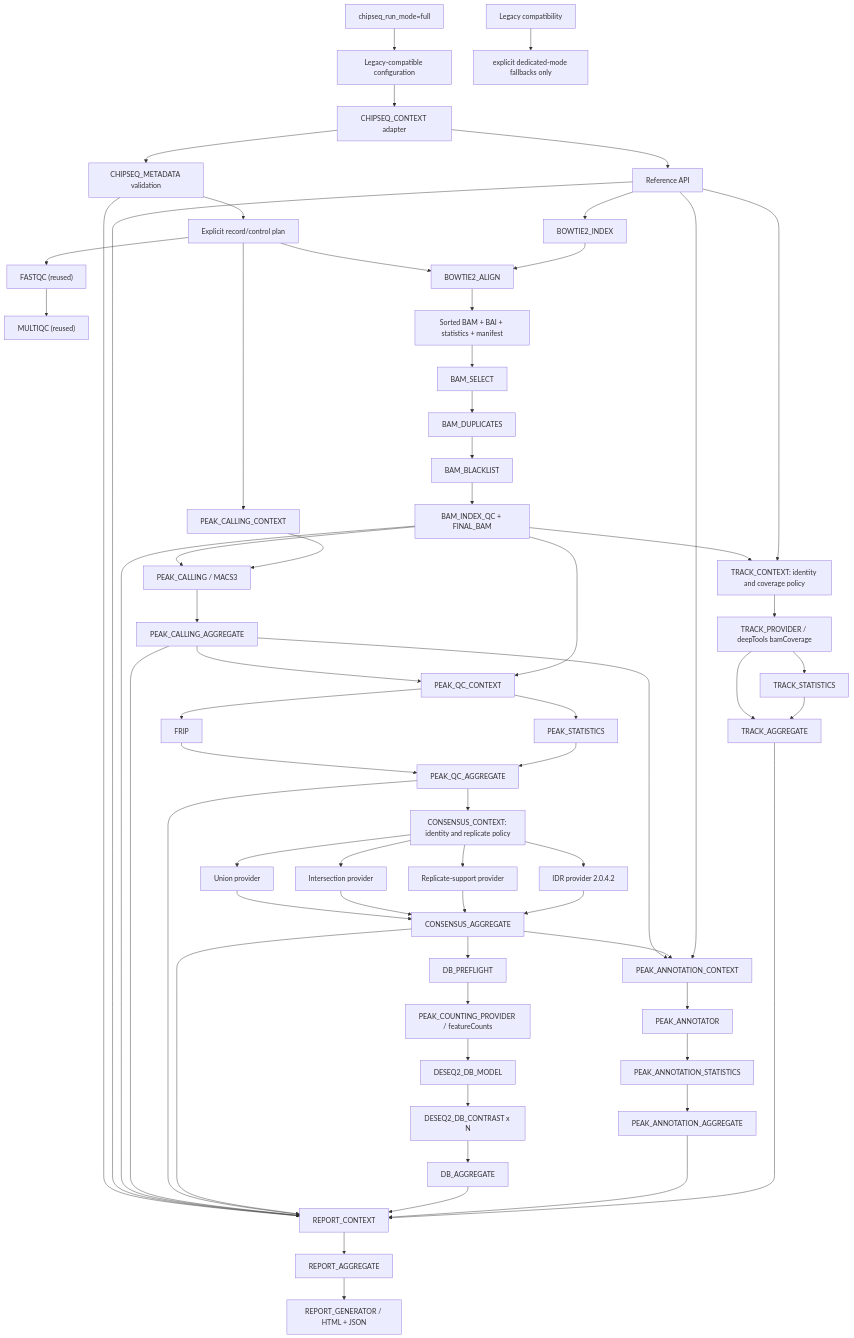
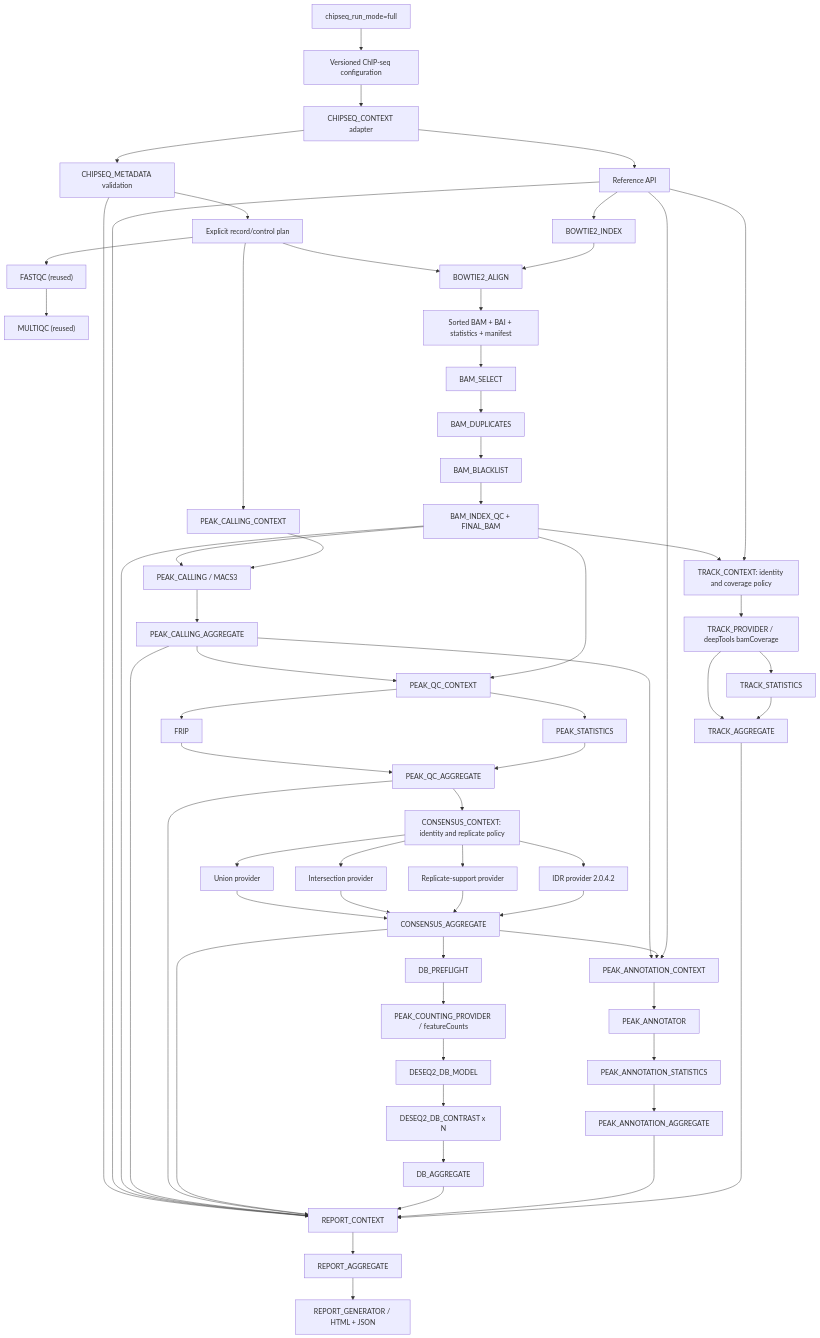
The diagram in docs/chipseq-architecture.md (GMiguelAlves/HelixForge), drawn with Mermaid before and after one commit. The commit also changed other lines of this file and 25 other files, not shown here.

````diff
--- a/docs/chipseq-architecture.md
+++ b/docs/chipseq-architecture.md
@@ -7,71 +7,70 @@
 ```mermaid
 flowchart TD
-    CFG["Legacy-compatible configuration"] --> CTX["CHIPSEQ_CONTEXT adapter"]
+    CFG["Versioned ChIP-seq configuration"] --> CTX["CHIPSEQ_CONTEXT adapter"]
     CTX --> META["CHIPSEQ_METADATA validation"]
     META --> PLAN["Explicit record/control plan"]
     PLAN --> FQ["FASTQC (reused)"]
     FQ --> MQ["MULTIQC (reused)"]
     CTX --> REF["Reference API"]
     REF --> BI["BOWTIE2_INDEX"]
     PLAN --> BA["BOWTIE2_ALIGN"]
     BI --> BA
     BA --> BAM["Sorted BAM + BAI + statistics + manifest"]
 
     BAM --> SEL["BAM_SELECT"]
     SEL --> DUP["BAM_DUPLICATES"]
     DUP --> BL["BAM_BLACKLIST"]
     BL --> FINAL["BAM_INDEX_QC + FINAL_BAM"]
     PLAN --> PCTX["PEAK_CALLING_CONTEXT"]
     FINAL --> PC["PEAK_CALLING / MACS3"]
     PCTX --> PC
     PC --> PAGG["PEAK_CALLING_AGGREGATE"]
     PAGG --> PQC["PEAK_QC_CONTEXT"]
     FINAL --> PQC
     PQC --> FRIP["FRIP"]
     PQC --> PSTAT["PEAK_STATISTICS"]
     FRIP --> QAGG["PEAK_QC_AGGREGATE"]
     PSTAT --> QAGG
     QAGG --> CCTX["CONSENSUS_CONTEXT: identity and replicate policy"]
     CCTX --> UNION["Union provider"]
     CCTX --> INTER["Intersection provider"]
     CCTX --> SUPPORT["Replicate-support provider"]
     CCTX --> IDR["IDR provider 2.0.4.2"]
     UNION --> CAGG["CONSENSUS_AGGREGATE"]
     INTER --> CAGG
     SUPPORT --> CAGG
     IDR --> CAGG
     CAGG --> DBP["DB_PREFLIGHT"]
     DBP --> COUNT["PEAK_COUNTING_PROVIDER / featureCounts"]
     COUNT --> DBM["DESEQ2_DB_MODEL"]
     DBM --> DBC["DESEQ2_DB_CONTRAST x N"]
     DBC --> DBA["DB_AGGREGATE"]
 
     PAGG --> ACTX["PEAK_ANNOTATION_CONTEXT"]
     CAGG --> ACTX
     REF --> ACTX
     ACTX --> ANNO["PEAK_ANNOTATOR"]
     ANNO --> ASTAT["PEAK_ANNOTATION_STATISTICS"]
     ASTAT --> AAGG["PEAK_ANNOTATION_AGGREGATE"]
 
     FINAL --> TCTX["TRACK_CONTEXT: identity and coverage policy"]
     REF --> TCTX
     TCTX --> TPROV["TRACK_PROVIDER / deepTools bamCoverage"]
     TPROV --> TSTAT["TRACK_STATISTICS"]
     TPROV --> TAGG["TRACK_AGGREGATE"]
     TSTAT --> TAGG
 
     META --> RCTX["REPORT_CONTEXT"]
     REF --> RCTX
     FINAL --> RCTX
     PAGG --> RCTX
     QAGG --> RCTX
     CAGG --> RCTX
     DBA --> RCTX
     AAGG --> RCTX
     TAGG --> RCTX
     RCTX --> RAGG["REPORT_AGGREGATE"]
     RAGG --> RGEN["REPORT_GENERATOR / HTML + JSON"]
 
     FULL["chipseq_run_mode=full"] --> CFG
-    LEG["Legacy compatibility"] --> FALLBACK["explicit dedicated-mode fallbacks only"]
 ```
````
